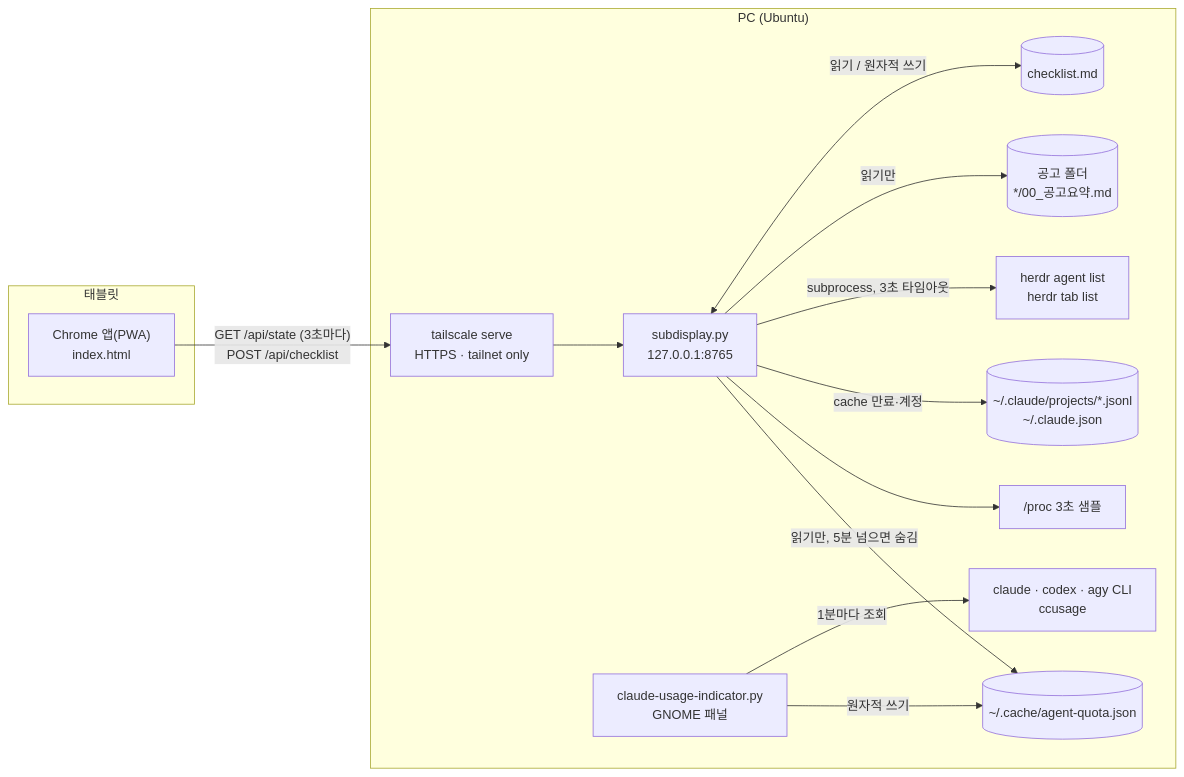
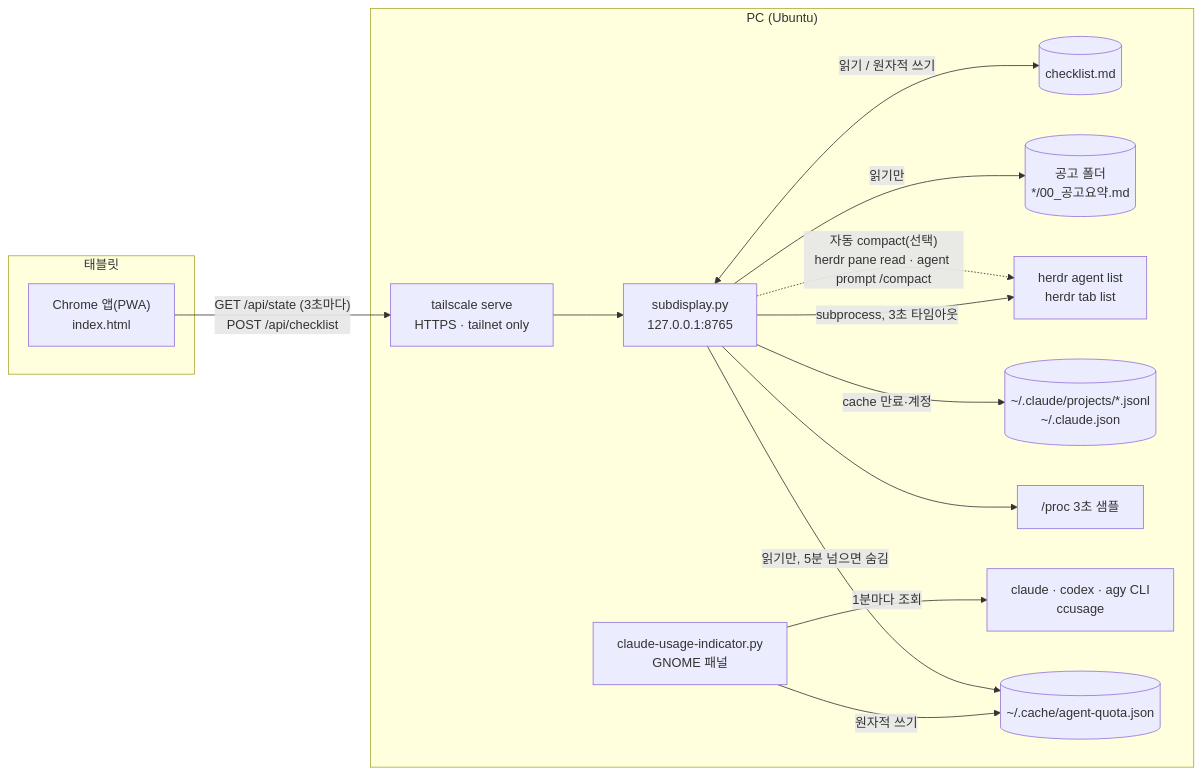
The diagram in README.md (gwanhuiGIM/agent-sidekick-tools), drawn with Mermaid before and after one commit. The commit also changed other lines of this file and 4 other files, not shown here.

````diff
--- a/README.md
+++ b/README.md
@@ -20,27 +20,28 @@
 ```mermaid
 flowchart LR
     subgraph TAB["태블릿"]
         APP["Chrome 앱(PWA)<br/>index.html"]
     end
     subgraph PC["PC (Ubuntu)"]
         TS["tailscale serve<br/>HTTPS · tailnet only"]
         SRV["subdisplay.py<br/>127.0.0.1:8765"]
         MD[("checklist.md")]
         PF[("공고 폴더<br/>*/00_공고요약.md")]
         HD["herdr agent list<br/>herdr tab list"]
         TR[("~/.claude/projects/*.jsonl<br/>~/.claude.json")]
         PROC["/proc 3초 샘플"]
         IND["claude-usage-indicator.py<br/>GNOME 패널"]
         CLI["claude · codex · agy CLI<br/>ccusage"]
         Q[("~/.cache/agent-quota.json")]
     end
     APP -->|"GET /api/state (3초마다)<br/>POST /api/checklist"| TS --> SRV
     SRV <-->|"읽기 / 원자적 쓰기"| MD
     SRV -->|"읽기만"| PF
     SRV -->|"subprocess, 3초 타임아웃"| HD
     SRV -->|"cache 만료·계정"| TR
+    SRV -.->|"자동 compact(선택)<br/>herdr pane read · agent prompt /compact"| HD
     SRV --> PROC
     IND -->|"1분마다 조회"| CLI
     IND -->|"원자적 쓰기"| Q
     SRV -->|"읽기만, 5분 넘으면 숨김"| Q
 ```
````
